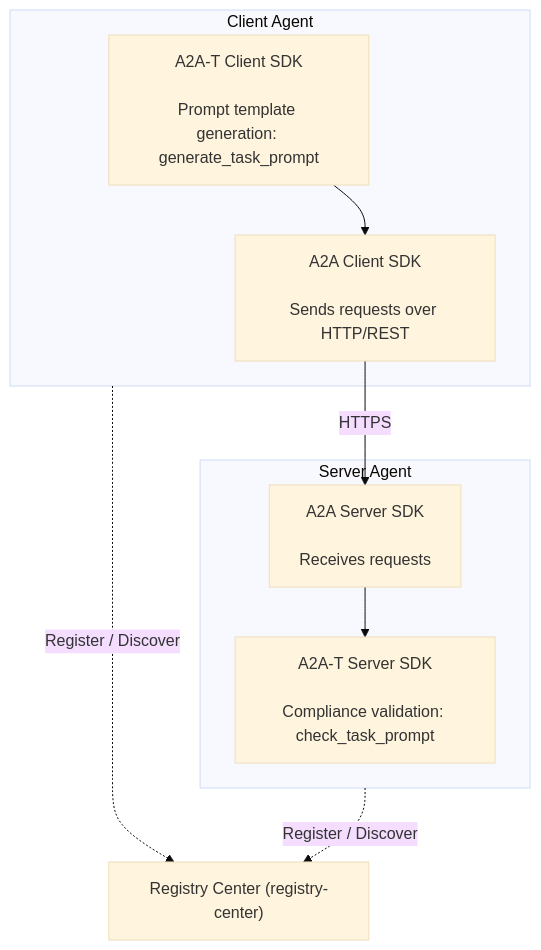
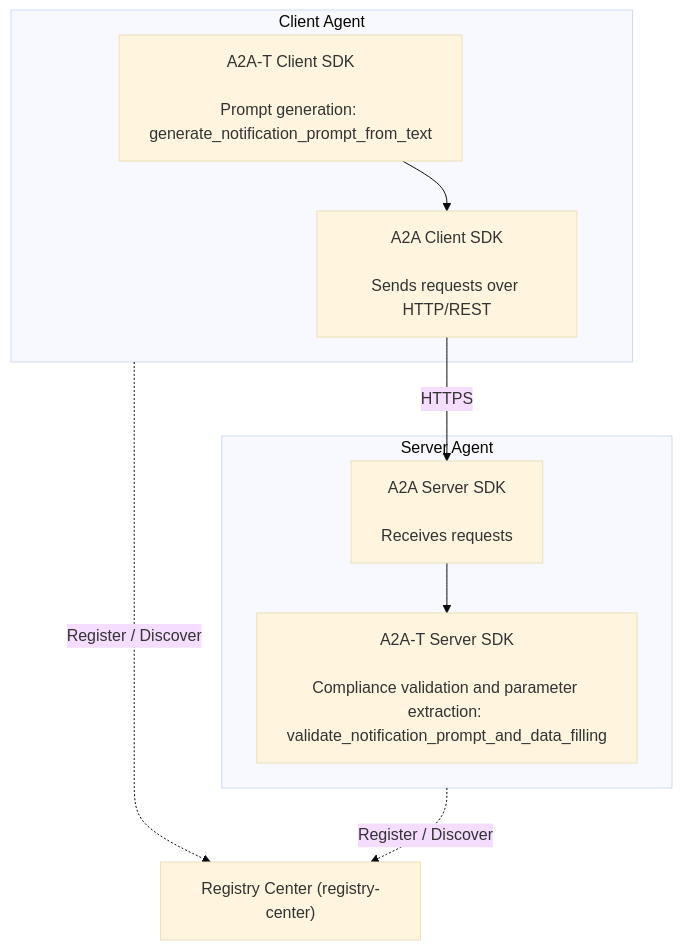
The third of 5 diagrams in docs/en/developer_guide.md (mamusen-huawei/a2a-t-sdk-python), drawn with Mermaid (base theme) before and after one commit. The commit also changed other lines of this file and 41 other files, not shown here.

````diff
--- a/docs/en/developer_guide.md
+++ b/docs/en/developer_guide.md
@@ -109,20 +213,20 @@
 ```mermaid
 flowchart TD
     subgraph Client["Client Agent"]
-        A1["A2A-T Client SDK<br><br>Prompt template generation: generate_task_prompt"]
+        A1["A2A-T Client SDK<br><br>Prompt generation: generate_notification_prompt_from_text"]
         A2["A2A Client SDK<br><br>Sends requests over HTTP/REST"]
         A1 --> A2
     end
 
     subgraph Server["Server Agent"]
-        B1["A2A-T Server SDK<br><br>Compliance validation: check_task_prompt"]
+        B1["A2A-T Server SDK<br><br>Compliance validation and parameter extraction: validate_notification_prompt_and_data_filling"]
         B2["A2A Server SDK<br><br>Receives requests"]
         B2 --> B1
     end
 
     Registry["Registry Center (registry-center)"]
 
     A2 -- HTTPS --> B2
     Client -. Register / Discover .-> Registry
     Server -. Register / Discover .-> Registry
 ```
````
